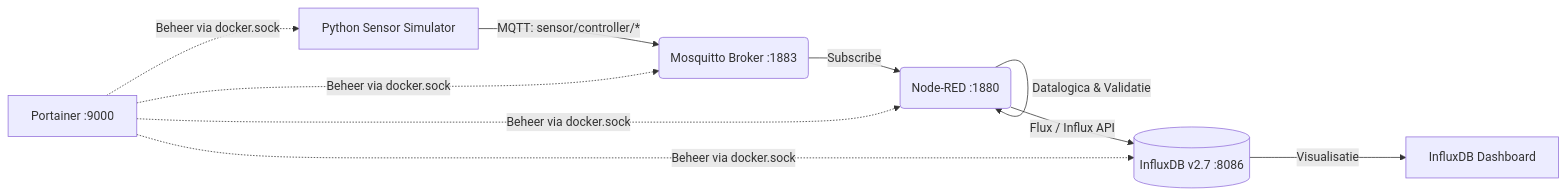
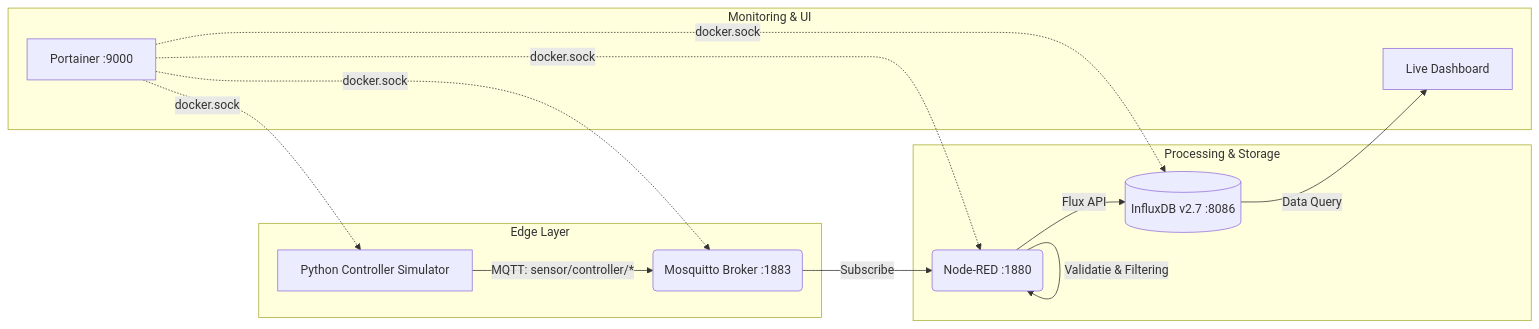
The diagram in README.md (Sennehrm/herkansing-cloud), drawn with Mermaid before and after one commit. The commit also changed other lines of this file and 3 other files, not shown here.

````diff
--- a/README.md
+++ b/README.md
@@ -11,9 +19,17 @@
 ```mermaid
 graph LR
-    A[Python Sensor Simulator] -->|MQTT: sensor/controller/*| B(Mosquitto Broker :1883)
-    B -->|Subscribe| C(Node-RED :1880)
-    C -->|Datalogica & Validatie| C
-    C -->|Flux / Influx API| D[(InfluxDB v2.7 :8086)]
-    D -->|Visualisatie| E[InfluxDB Dashboard]
-    F[Portainer :9000] -.->|Beheer via docker.sock| A & B & C & D
+    subgraph Edge Layer
+        A[Python Controller Simulator] -->|MQTT: sensor/controller/*| B(Mosquitto Broker :1883)
+    end
+
+    subgraph Processing & Storage
+        B -->|Subscribe| C(Node-RED :1880)
+        C -->|Validatie & Filtering| C
+        C -->|Flux API| D[(InfluxDB v2.7 :8086)]
+    end
+
+    subgraph Monitoring & UI
+        D -->|Data Query| E[Live Dashboard]
+        F[Portainer :9000] -.->|docker.sock| A & B & C & D
+    end
 ```
````
